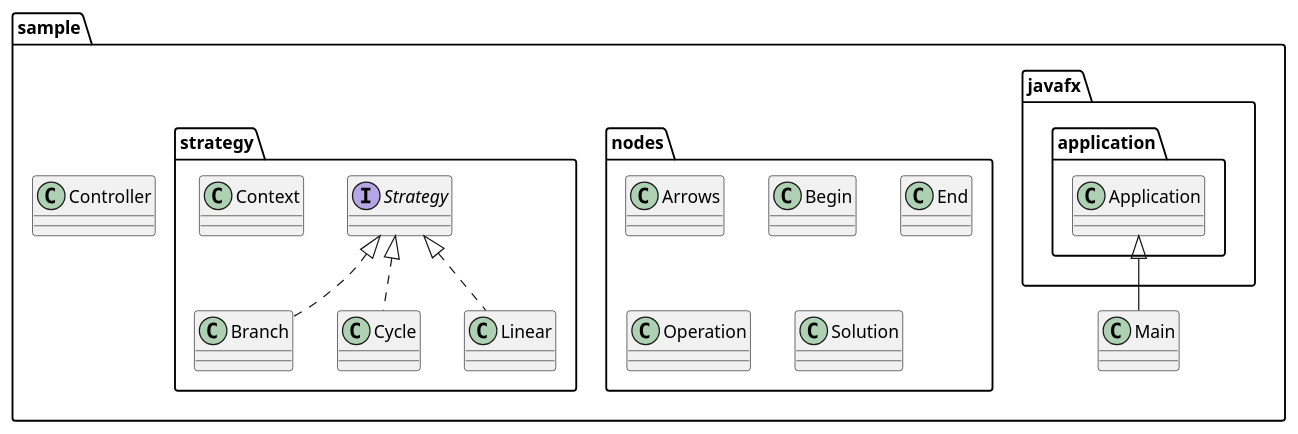
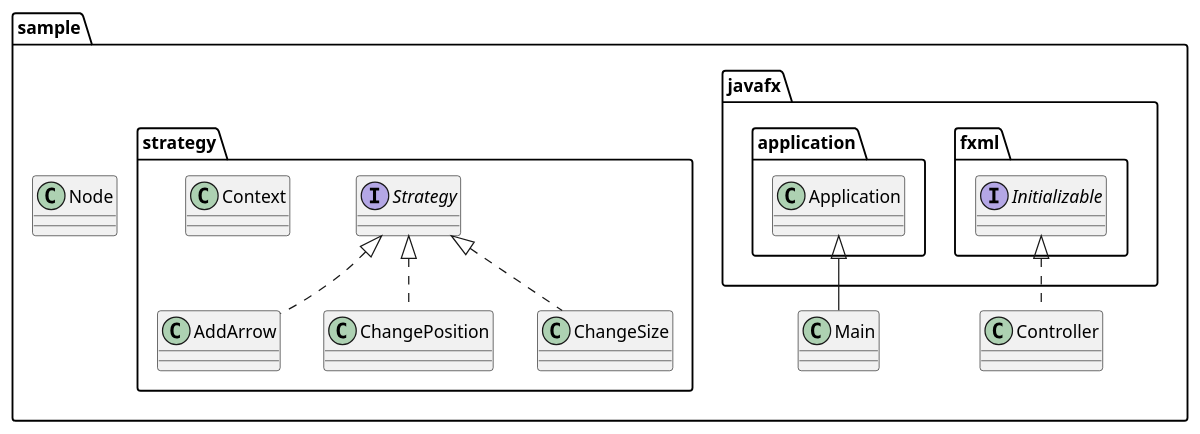
The diagram in Class Diagram.puml (Aseev-Sergey/Strategy), drawn with PlantUML before and after one commit. The commit also changed 18 other files, not shown here.

```diff
--- a/Class Diagram.puml
+++ b/Class Diagram.puml
@@ -1,22 +1,16 @@
 @startuml
 
 package sample <<Folder>>{
 class Main extends javafx.application.Application
-class Controller
-package nodes <<Folder>>{
-class Arrows
-class Begin
-class End
-class Operation
-class Solution
-}
+class Controller implements javafx.fxml.Initializable
+class Node
 package strategy <<Folder>>{
-class Branch implements Strategy
-class Cycle implements Strategy
-class Linear implements Strategy
+class AddArrow implements Strategy
+class ChangePosition implements Strategy
+class ChangeSize implements Strategy
 interface Strategy
 class Context
 }
 }
 
 @enduml
```
